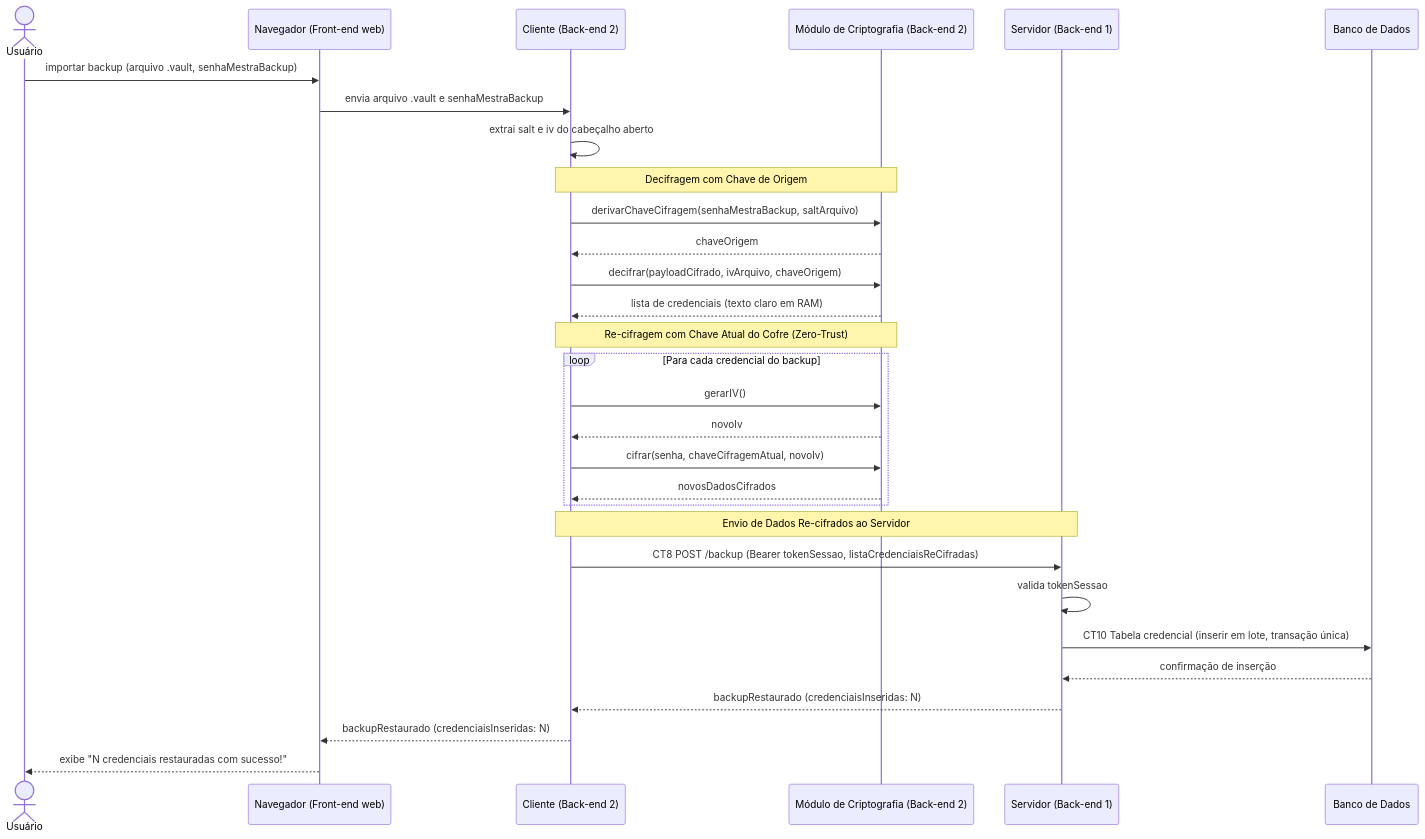
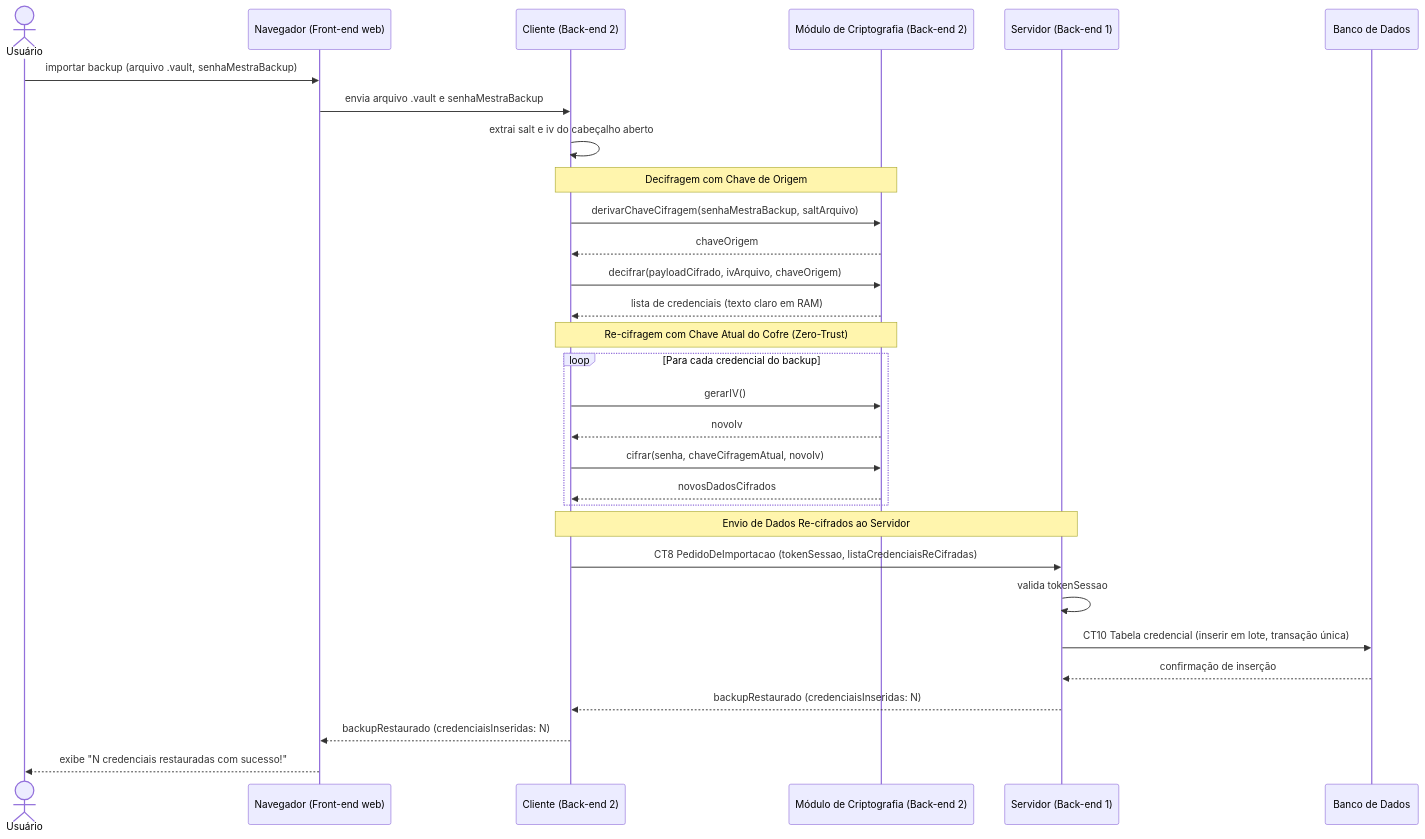
One commit to egili/pi4-0101-g6-frontend changed the diagram in docs/fluxos/E9-restauracao-backup.md. Above: the diagram before and after it, drawn with Mermaid. The commit also changed other lines of this file and 8 other files, not shown here.

````diff
--- a/docs/fluxos/E9-restauracao-backup.md
+++ b/docs/fluxos/E9-restauracao-backup.md
@@ -38,36 +38,36 @@
 ```mermaid
 sequenceDiagram
     actor U as Usuário
     participant N as Navegador (Front-end web)
     participant C as Cliente (Back-end 2)
     participant CM as Módulo de Criptografia (Back-end 2)
     participant S as Servidor (Back-end 1)
     participant DB as Banco de Dados
 
     U->>N: importar backup (arquivo .vault, senhaMestraBackup)
     N->>C: envia arquivo .vault e senhaMestraBackup
     C->>C: extrai salt e iv do cabeçalho aberto
 
     Note over C,CM: Decifragem com Chave de Origem
     C->>CM: derivarChaveCifragem(senhaMestraBackup, saltArquivo)
     CM-->>C: chaveOrigem
     C->>CM: decifrar(payloadCifrado, ivArquivo, chaveOrigem)
     CM-->>C: lista de credenciais (texto claro em RAM)
 
     Note over C,CM: Re-cifragem com Chave Atual do Cofre (Zero-Trust)
     loop Para cada credencial do backup
         C->>CM: gerarIV()
         CM-->>C: novoIv
         C->>CM: cifrar(senha, chaveCifragemAtual, novoIv)
         CM-->>C: novosDadosCifrados
     end
 
     Note over C,S: Envio de Dados Re-cifrados ao Servidor
-    C->>S: CT8 POST /backup (Bearer tokenSessao, listaCredenciaisReCifradas)
+    C->>S: CT8 PedidoDeImportacao (tokenSessao, listaCredenciaisReCifradas)
     S->>S: valida tokenSessao
     S->>DB: CT10 Tabela credencial (inserir em lote, transação única)
     DB-->>S: confirmação de inserção
     S-->>C: backupRestaurado (credenciaisInseridas: N)
     C-->>N: backupRestaurado (credenciaisInseridas: N)
     N-->>U: exibe "N credenciais restauradas com sucesso!"
 ```
````
